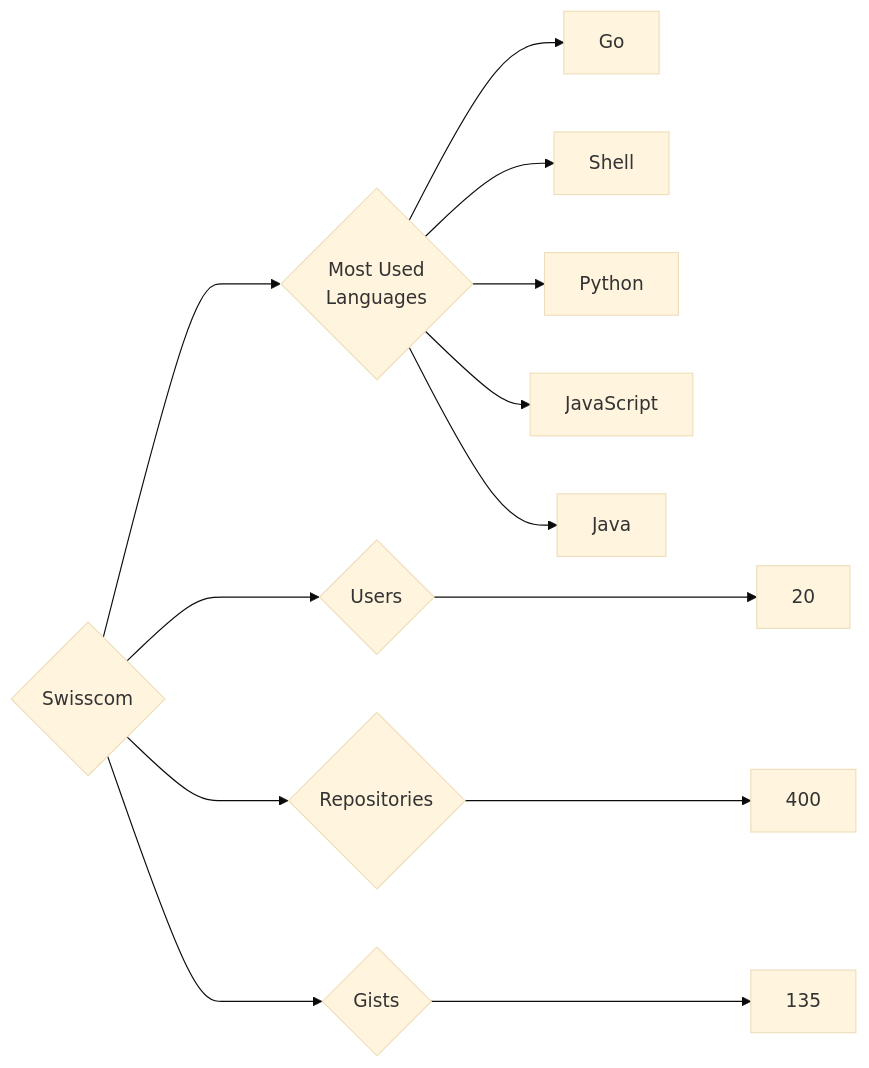
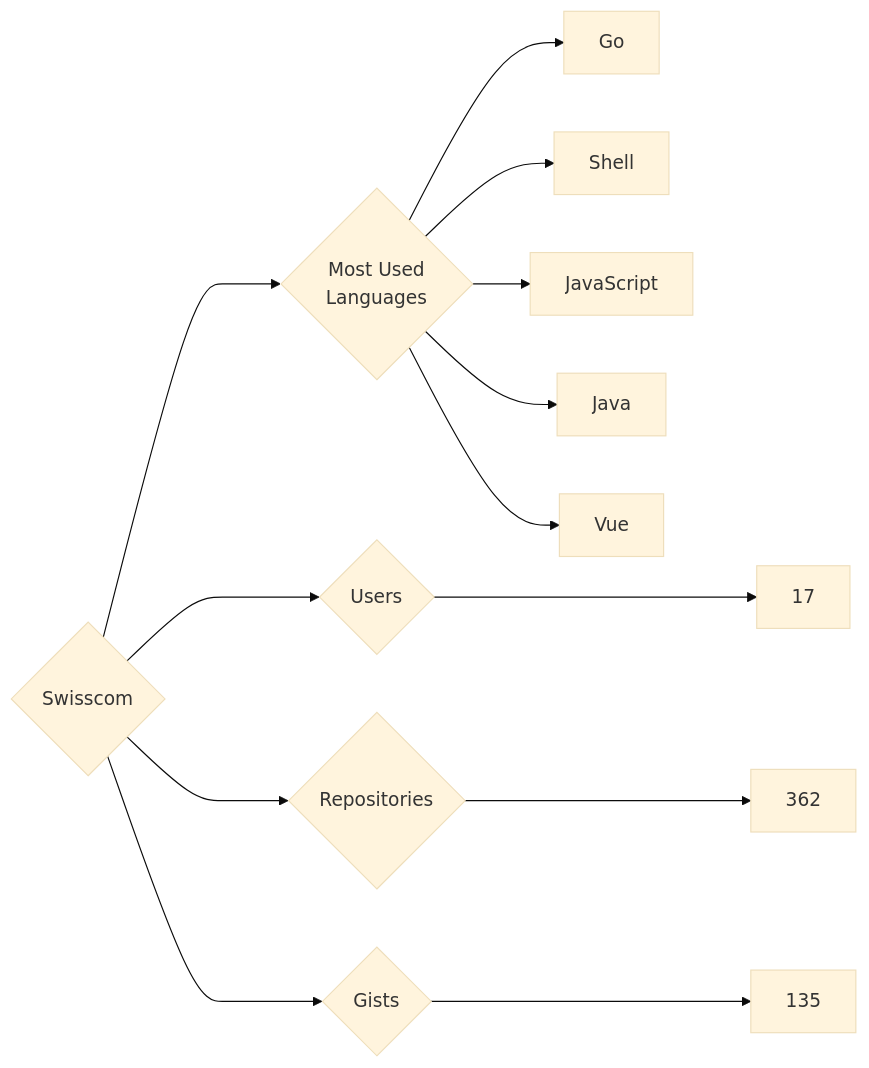
The diagram in targets/Swisscom/README.md (trickest/insiders), drawn with Mermaid (base theme) before and after one commit. The commit also changed 681 other files, not shown here.

````diff
--- a/targets/Swisscom/README.md
+++ b/targets/Swisscom/README.md
@@ -3,13 +3,13 @@
 ```mermaid
 graph LR
 COMPANY_NAME{Swisscom}
-COMPANY_NAME ---> U{Users} ---> UN[20]
-COMPANY_NAME ---> R{Repositories} ---> RN[400]
+COMPANY_NAME ---> U{Users} ---> UN[17]
+COMPANY_NAME ---> R{Repositories} ---> RN[362]
 COMPANY_NAME ---> G{Gists} ---> GN[135]
 COMPANY_NAME ---> ML{Most Used<br>Languages}
 ML --> Go[Go]
 ML --> Shell[Shell]
-ML --> Python[Python]
 ML --> JavaScript[JavaScript]
 ML --> Java[Java]
+ML --> Vue[Vue]
 ```
````
